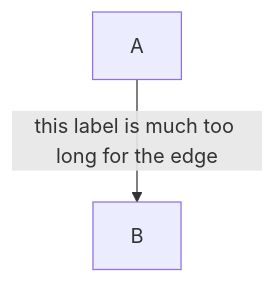
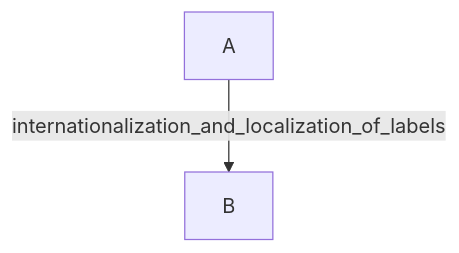
Before and after one commit to GeertBosch/mdcat: diagram 14 of 20 in tests/mermaid-8-edge-labels.md, drawn with Mermaid. The commit also changed other lines of this file and 16 other files, not shown here.

Commit message:
mermaid: wrap long plain labels on word boundaries instead of declining

````diff
--- a/tests/mermaid-8-edge-labels.md
+++ b/tests/mermaid-8-edge-labels.md
@@ -185,4 +198,4 @@
 ```mermaid
 graph TD
-    a[A] -->|this label is much too long for the edge| b[B]
+    a[A] -->|internationalization_and_localization_of_labels| b[B]
 ```
````
